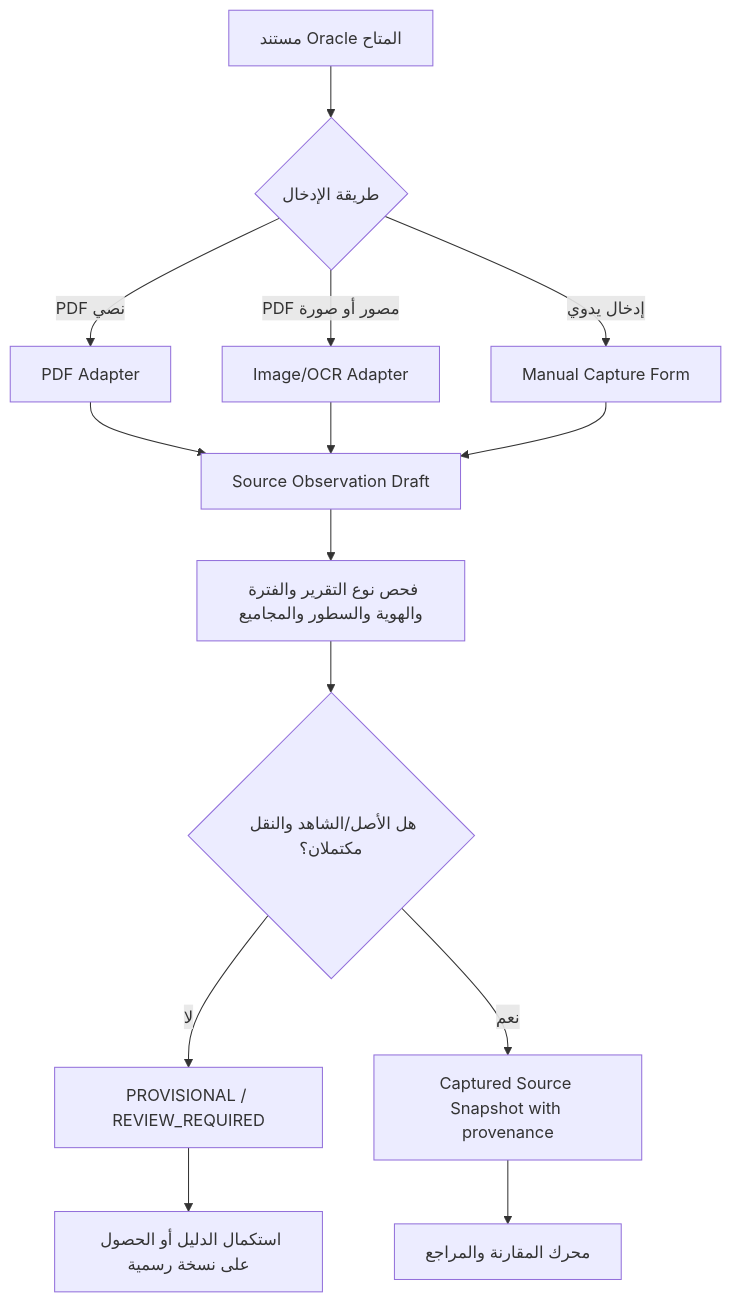
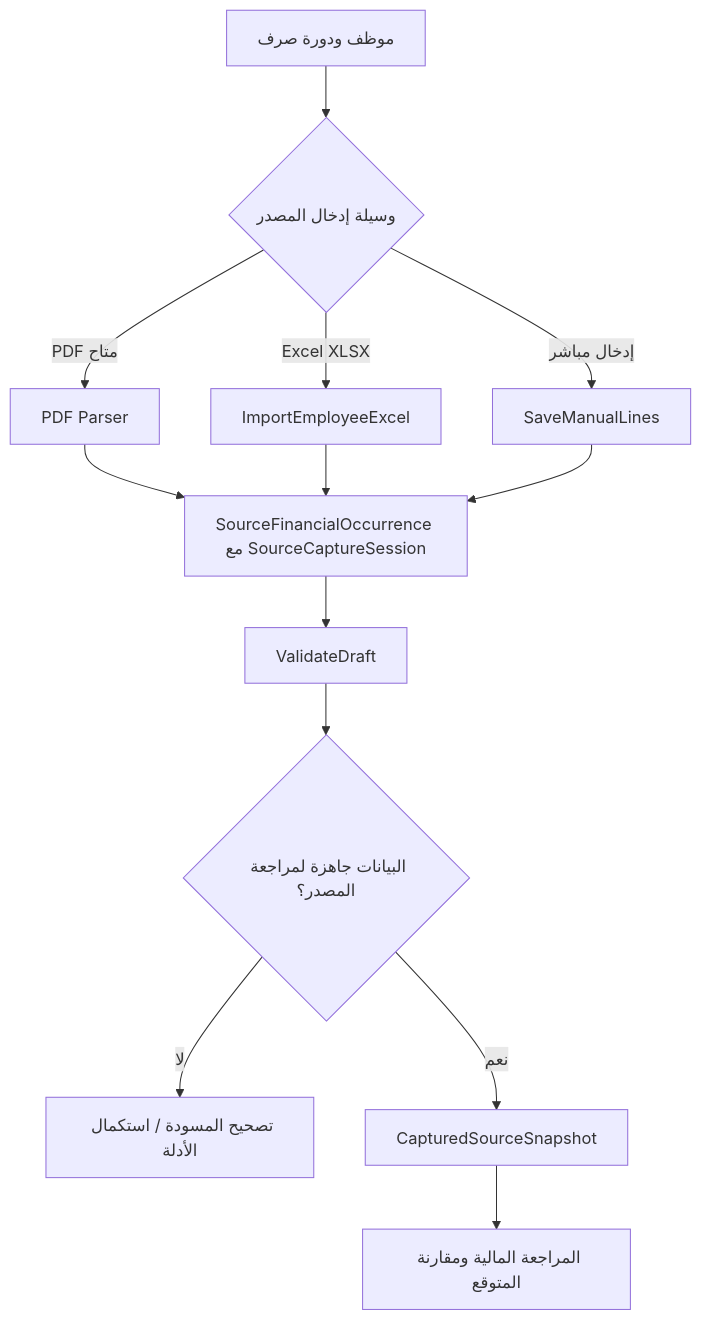
The diagram in docs/specs/MULTI-CHANNEL-CENTRAL-INTAKE.md (AlexandriaDeveloper/PayrollReviewSystem), drawn with Mermaid before and after one commit. The commit also changed other lines of this file and 12 other files, not shown here.

First line of the commit message:
docs: Excel and direct-form employee payroll source intake ERD/UML

````diff
--- a/docs/specs/MULTI-CHANNEL-CENTRAL-INTAKE.md
+++ b/docs/specs/MULTI-CHANNEL-CENTRAL-INTAKE.md
@@ -67,16 +68,15 @@
 ```mermaid
 flowchart TD
-    A["مستند Oracle المتاح"] --> B{"طريقة الإدخال"}
-    B -->|"PDF نصي"| C["PDF Adapter"]
-    B -->|"PDF مصور أو صورة"| D["Image/OCR Adapter"]
-    B -->|"إدخال يدوي"| E["Manual Capture Form"]
-    C --> F["Source Observation Draft"]
+    A["موظف ودورة صرف"] --> B{"وسيلة إدخال المصدر"}
+    B -->|"PDF متاح"| C["PDF Parser"]
+    B -->|"Excel XLSX"| D["ImportEmployeeExcel"]
+    B -->|"إدخال مباشر"| E["SaveManualLines"]
+    C --> F["SourceFinancialOccurrence مع SourceCaptureSession"]
     D --> F
     E --> F
-    F --> G["فحص نوع التقرير والفترة والهوية والسطور والمجاميع"]
-    G --> H{"هل الأصل/الشاهد والنقل مكتملان؟"}
-    H -->|"لا"| I["PROVISIONAL / REVIEW_REQUIRED"]
-    H -->|"نعم"| J["Captured Source Snapshot with provenance"]
-    J --> K["محرك المقارنة والمراجع"]
-    I --> L["استكمال الدليل أو الحصول على نسخة رسمية"]
+    F --> G["ValidateDraft"]
+    G --> H{"البيانات جاهزة لمراجعة المصدر؟"}
+    H -->|"لا"| I["تصحيح المسودة / استكمال الأدلة"]
+    H -->|"نعم"| J["CapturedSourceSnapshot"]
+    J --> K["المراجعة المالية ومقارنة المتوقع"]
 ```
````
